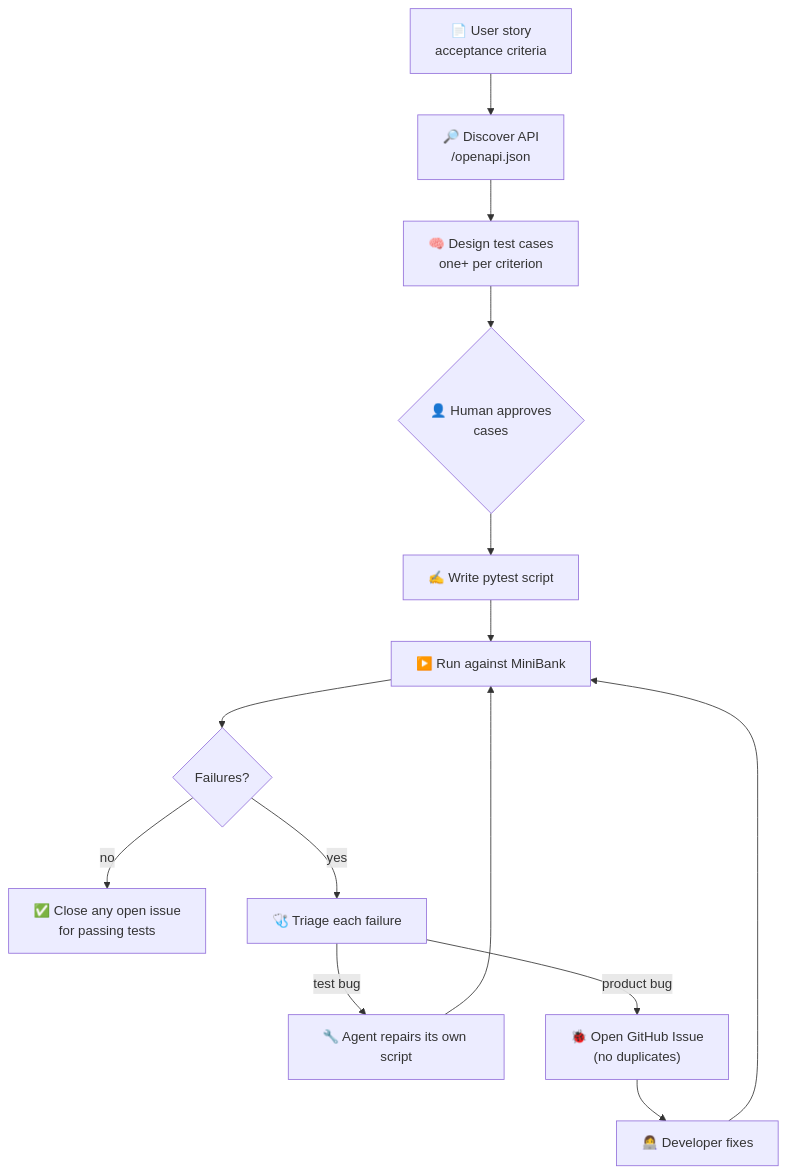
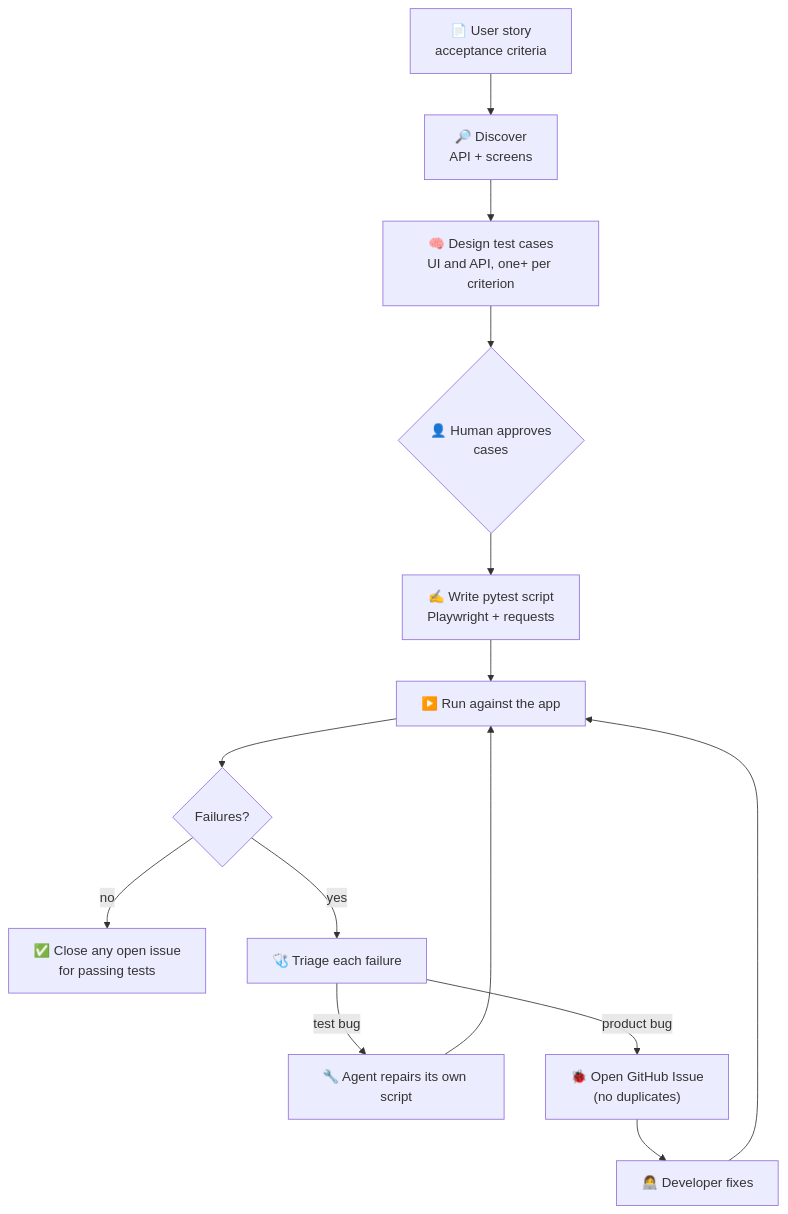
The second of 2 diagrams in README.md (hanaahammad/agentic-testing-lab), drawn with Mermaid before and after one commit. The commit also changed other lines of this file and 54 other files, not shown here.

Commit message:
Add NileBank web app and UI testing

````diff
--- a/README.md
+++ b/README.md
@@ -56,14 +80,14 @@
 ```mermaid
 flowchart TD
-    A["📄 User story<br/>acceptance criteria"] --> B["🔎 Discover API<br/>/openapi.json"]
-    B --> C["🧠 Design test cases<br/>one+ per criterion"]
+    A["📄 User story<br/>acceptance criteria"] --> B["🔎 Discover<br/>API + screens"]
+    B --> C["🧠 Design test cases<br/>UI and API, one+ per criterion"]
     C --> H1{"👤 Human approves<br/>cases"}
-    H1 --> D["✍️ Write pytest script"]
-    D --> R["▶️ Run against MiniBank"]
+    H1 --> D["✍️ Write pytest script<br/>Playwright + requests"]
+    D --> R["▶️ Run against the app"]
     R --> X{"Failures?"}
     X -- "no" --> CL["✅ Close any open issue<br/>for passing tests"]
     X -- "yes" --> TR["🩺 Triage each failure"]
     TR -- "test bug" --> RP["🔧 Agent repairs its own script"] --> R
     TR -- "product bug" --> IS["🐞 Open GitHub Issue<br/>(no duplicates)"]
     IS --> DEV["👩‍💻 Developer fixes"] --> R
 ```
````
